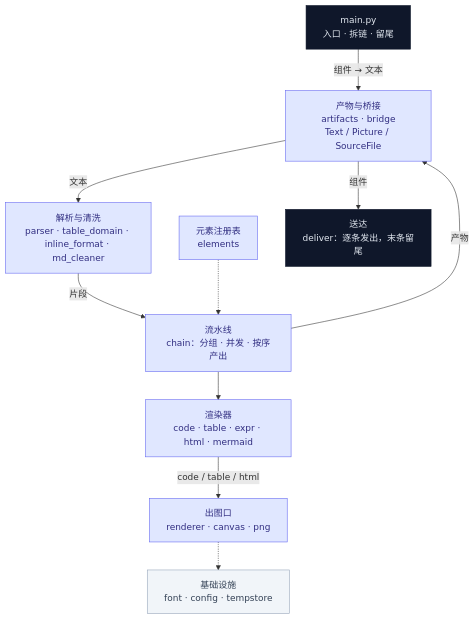
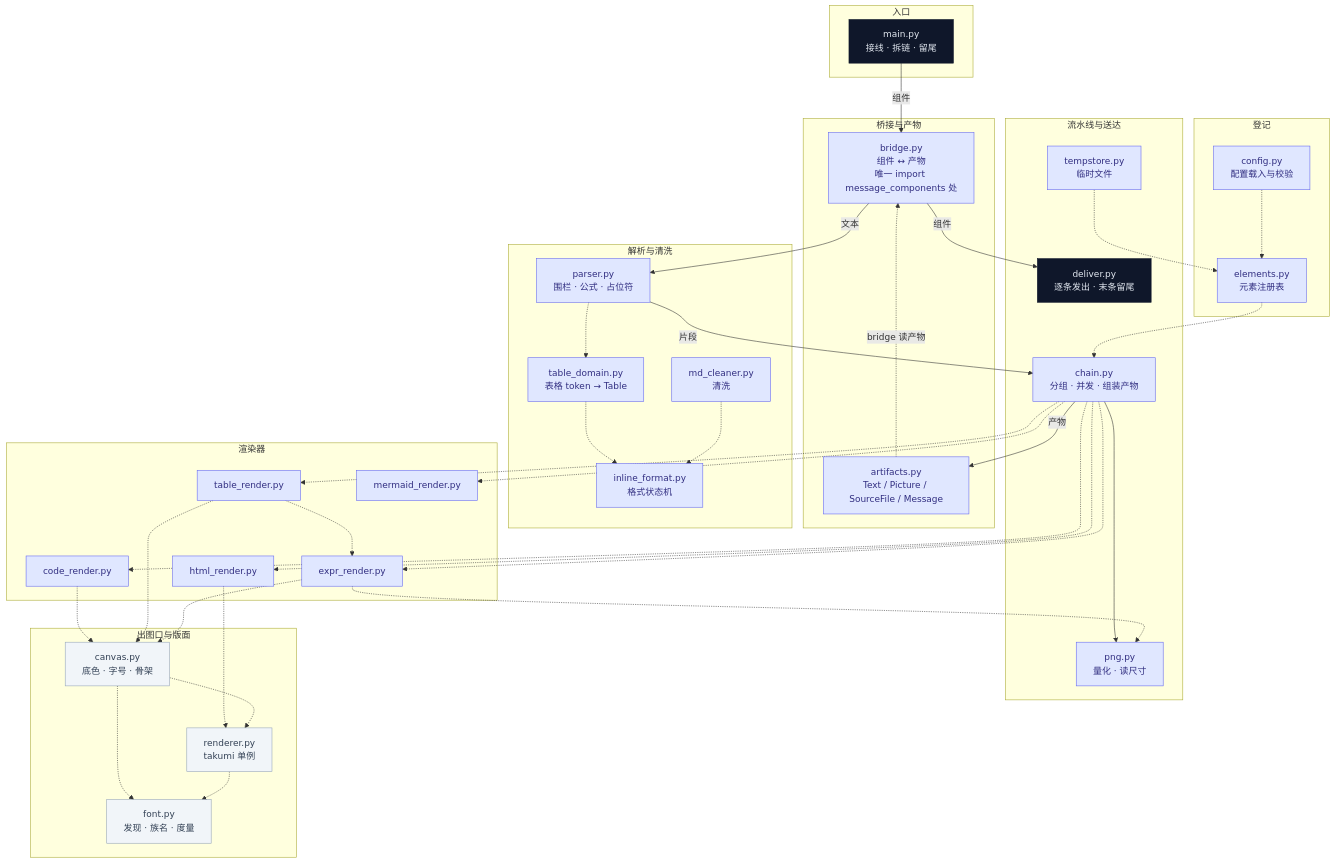
One commit to monster1389/astrbot_plugin_md_render changed the diagram in README.md. Above: the diagram before and after it, drawn with Mermaid. The commit also changed other lines of this file, not shown here.

Commit message:
docs(readme): 架构图细到文件级
九个职责层节点看不出「谁 import 谁」。改为 21 个文件节点、7 个分组，
实线标数据流、虚线标依赖；依赖边按实测 import 画，包含 config→elements、
tempstore→elements、table_render→expr_render 三条反直觉边。

````diff
--- a/README.md
+++ b/README.md
@@ -147,30 +147,69 @@
 ```mermaid
 flowchart TB
-  main["main.py<br/>入口 · 拆链 · 留尾"]
+  subgraph 入口
+    main["main.py<br/>接线 · 拆链 · 留尾"]
+  end
+  subgraph 桥接与产物
+    bridge["bridge.py<br/>组件 ↔ 产物<br/>唯一 import message_components 处"]
+    art["artifacts.py<br/>Text / Picture / SourceFile / Message"]
+  end
+  subgraph 解析与清洗
+    parser["parser.py<br/>围栏 · 公式 · 占位符"]
+    tdom["table_domain.py<br/>表格 token → Table"]
+    ifmt["inline_format.py<br/>格式状态机"]
+    mdc["md_cleaner.py<br/>清洗"]
+  end
+  subgraph 登记
+    reg["elements.py<br/>元素注册表"]
+    cfg["config.py<br/>配置载入与校验"]
+  end
+  subgraph 流水线与送达
+    chain["chain.py<br/>分组 · 并发 · 组装产物"]
+    png["png.py<br/>量化 · 读尺寸"]
+    ts["tempstore.py<br/>临时文件"]
+    deliv["deliver.py<br/>逐条发出 · 末条留尾"]
+  end
+  subgraph 渲染器
+    code["code_render.py"]
+    table["table_render.py"]
+    html["html_render.py"]
+    expr["expr_render.py"]
+    mmd["mermaid_render.py"]
+  end
+  subgraph 出图口与版面
+    rend["renderer.py<br/>takumi 单例"]
+    cvs["canvas.py<br/>底色 · 字号 · 骨架"]
+    font["font.py<br/>发现 · 族名 · 度量"]
+  end
 
-  bridge["产物与桥接<br/>artifacts · bridge<br/>Text / Picture / SourceFile"]
-  parse["解析与清洗<br/>parser · table_domain · inline_format · md_cleaner"]
-  reg["元素注册表<br/>elements"]
-  chain["流水线<br/>chain：分组 · 并发 · 按序产出"]
-  rend["渲染器<br/>code · table · expr · html · mermaid"]
-  out["出图口<br/>renderer · canvas · png"]
-  deliver["送达<br/>deliver：逐条发出，末条留尾"]
-  infra["基础设施<br/>font · config · tempstore"]
-
-  main -->|"组件 → 文本"| bridge
-  bridge -->|文本| parse
-  parse -->|片段| chain
-  chain -->|产物| bridge
-  bridge -->|组件| deliver
-  chain --> rend
-  rend -->|"code / table / html"| out
+  main -->|"组件"| bridge
+  bridge -->|文本| parser
+  parser -->|片段| chain
+  chain -->|"产物"| art
+  art -.->|"bridge 读产物"| bridge
+  bridge -->|组件| deliv
+  chain --> png
+  chain -.-> code & table & html & expr & mmd
   reg -.-> chain
-  out -.-> infra
+  cfg -.-> reg
+  ts -.-> reg
+  parser -.-> tdom
+  tdom -.-> ifmt
+  mdc -.-> ifmt
+  code -.-> cvs
+  table -.-> cvs
+  html -.-> rend
+  expr -.-> cvs
+  expr -.-> png
+  cvs -.-> rend
+  cvs -.-> font
+  rend -.-> font
+  table -.-> expr
 
   classDef deep fill:#0f172a,color:#e2e8f0,stroke:#0f172a;
   classDef mid fill:#e0e7ff,stroke:#6366f1,color:#312e81;
   classDef leaf fill:#f1f5f9,stroke:#94a3b8,color:#334155;
-  class main,deliver deep;
-  class bridge,parse,reg,chain,rend,out mid;
-  class infra leaf;
+  class main,deliv deep;
+  class bridge,art,parser,tdom,ifmt,mdc,reg,cfg,chain,png,ts,code,table,html,expr,mmd mid;
+  class rend,cvs,font leaf;
 ```
````
